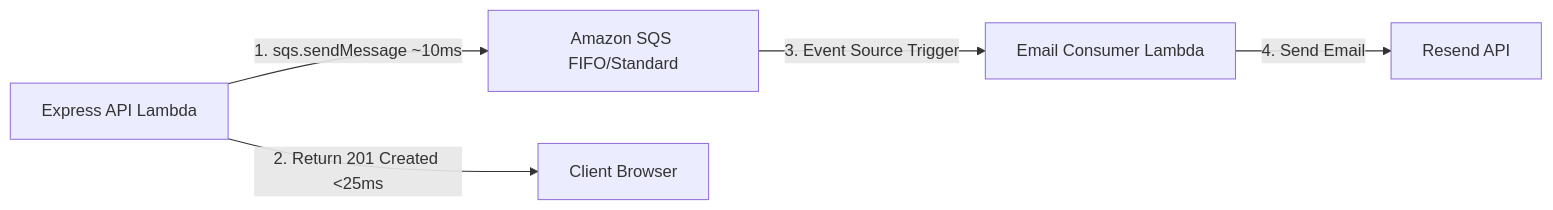
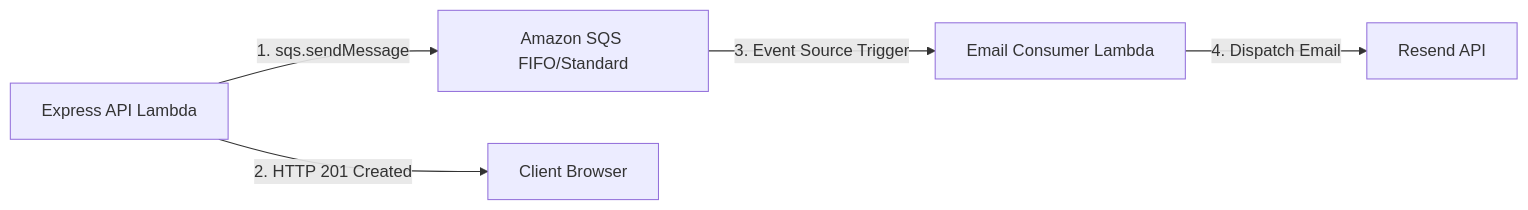
Before and after one commit to utkarshj014/authsphere: the second of 3 diagrams in docs/DEPLOYMENT.md, drawn with Mermaid. The commit also changed other lines of this file and 21 other files, not shown here.

````diff
--- a/docs/DEPLOYMENT.md
+++ b/docs/DEPLOYMENT.md
@@ -138,7 +98,7 @@
 ```mermaid
 flowchart LR
-    API[Express API Lambda] -->|1. sqs.sendMessage ~10ms| SQS[Amazon SQS FIFO/Standard]
-    API -->|2. Return 201 Created <25ms| Browser[Client Browser]
-    SQS -->|3. Event Source Trigger| WorkerLambda[Email Consumer Lambda]
-    WorkerLambda -->|4. Send Email| Resend[Resend API]
+    API["Express API Lambda"] -->|1. sqs.sendMessage| SQS["Amazon SQS FIFO/Standard"]
+    API -->|2. HTTP 201 Created| Client["Client Browser"]
+    SQS -->|3. Event Source Trigger| WorkerLambda["Email Consumer Lambda"]
+    WorkerLambda -->|4. Dispatch Email| Resend["Resend API"]
 ```
````
